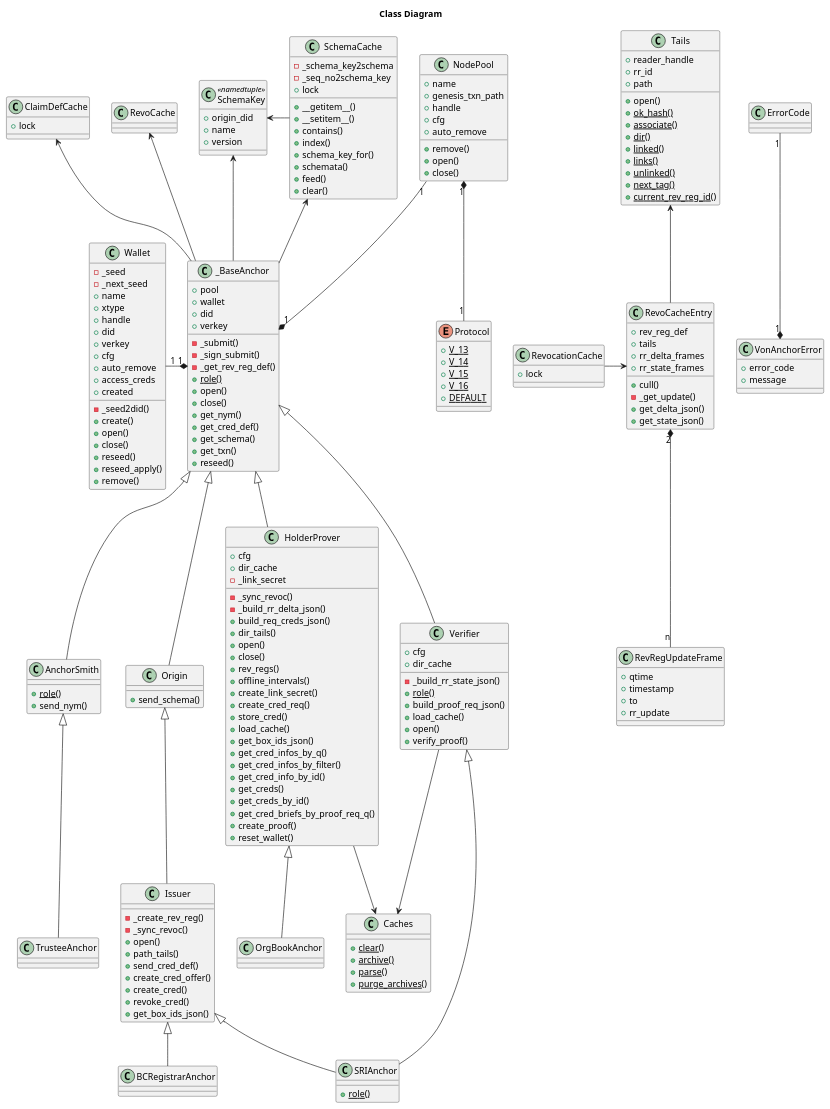
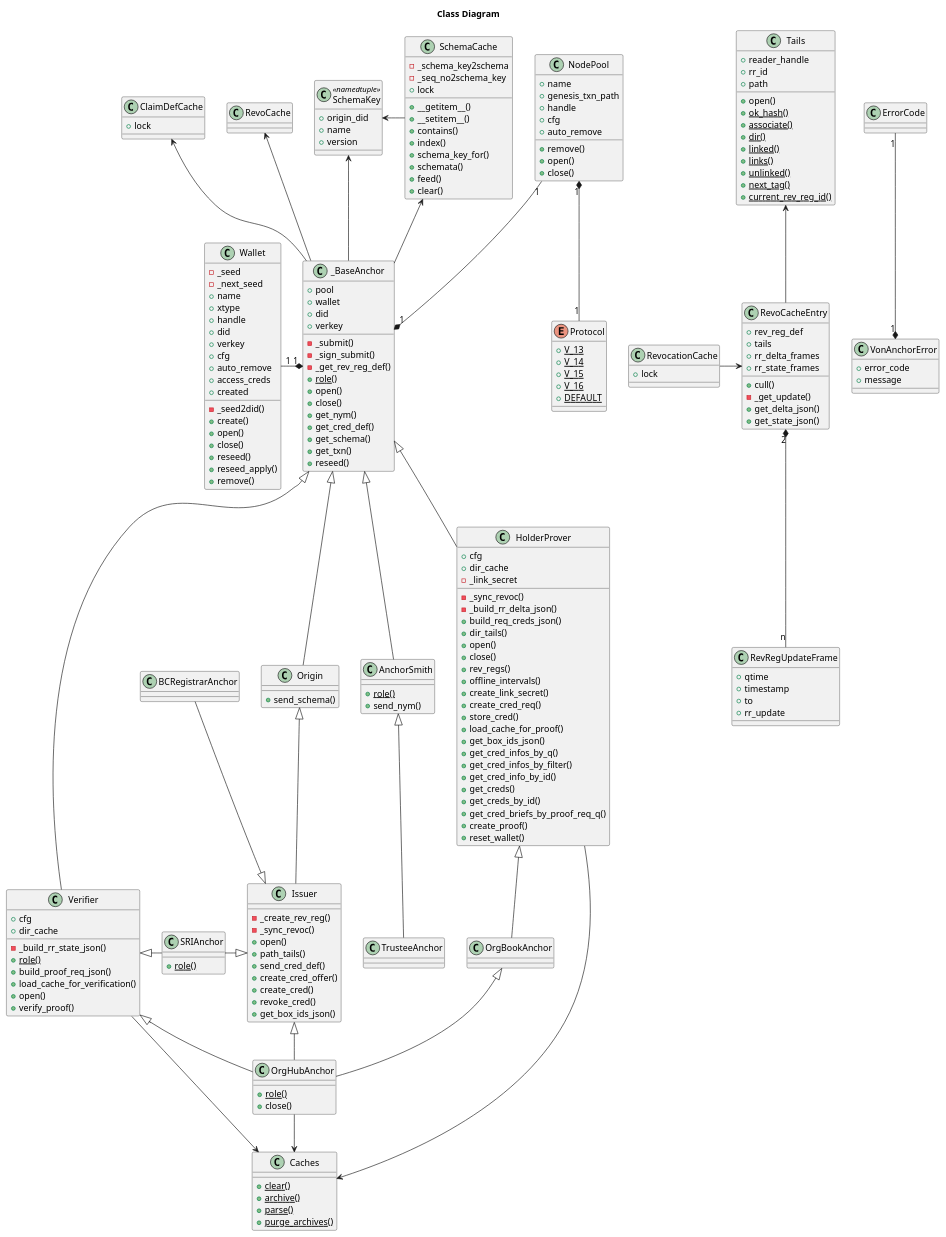
One commit to PSPC-SPAC-buyandsell/von_base changed the diagram in doc/pic/src/class.puml. Above: the diagram before and after it, drawn with PlantUML. The commit also changed 2 other files, not shown here.

Commit message:
org-hub anchor

```diff
--- a/doc/pic/src/class.puml
+++ b/doc/pic/src/class.puml
@@ -7,7 +7,7 @@
 You may obtain a copy of the License at
 
 http://www.apache.org/licenses/LICENSE-2.0
-
+or
 Unless required by applicable law or agreed to in writing, software
 distributed under the License is distributed on an "AS IS" BASIS,
 WITHOUT WARRANTIES OR CONDITIONS OF ANY KIND, either express or implied.
@@ -187,7 +187,7 @@
     +create_link_secret()
     +create_cred_req()
     +store_cred()
-    +load_cache()
+    +load_cache_for_proof()
     +get_box_ids_json()
     +get_cred_infos_by_q()
     +get_cred_infos_by_filter()
@@ -205,7 +205,7 @@
     -_build_rr_state_json()
     {static} +role()
     +build_proof_req_json()
-    +load_cache()
+    +load_cache_for_verification()
     +open()
     +verify_proof()
 }
@@ -221,6 +221,11 @@
 }
 
 class OrgBookAnchor {
+}
+
+class OrgHubAnchor {
+    {static} +role()
+    +close()
 }
 
 VonAnchorError "1" *-up- "1" ErrorCode
@@ -248,14 +253,19 @@
 AnchorSmith <|-down- TrusteeAnchor
 Origin <|-down- Issuer
 
-Issuer <|-down- SRIAnchor
-Verifier <|-down- SRIAnchor
+Issuer <|-left- SRIAnchor
+Verifier <|-right- SRIAnchor
 
-Issuer <|-down- BCRegistrarAnchor
+Issuer <|-up- BCRegistrarAnchor
 
 HolderProver <|-down- OrgBookAnchor
 
+OrgBookAnchor <|-- OrgHubAnchor
+Issuer <|-- OrgHubAnchor
+Verifier <|-- OrgHubAnchor
+
 HolderProver --> Caches
 Verifier --> Caches
+OrgHubAnchor --> Caches
 
 @enduml
```
